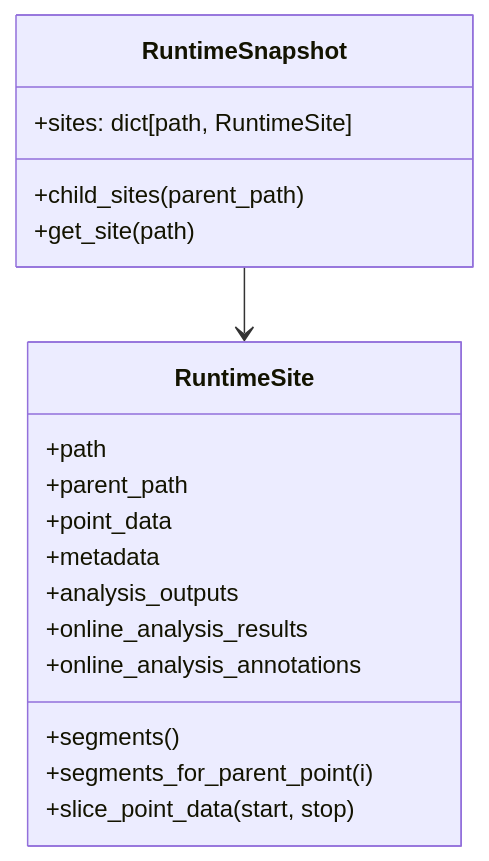
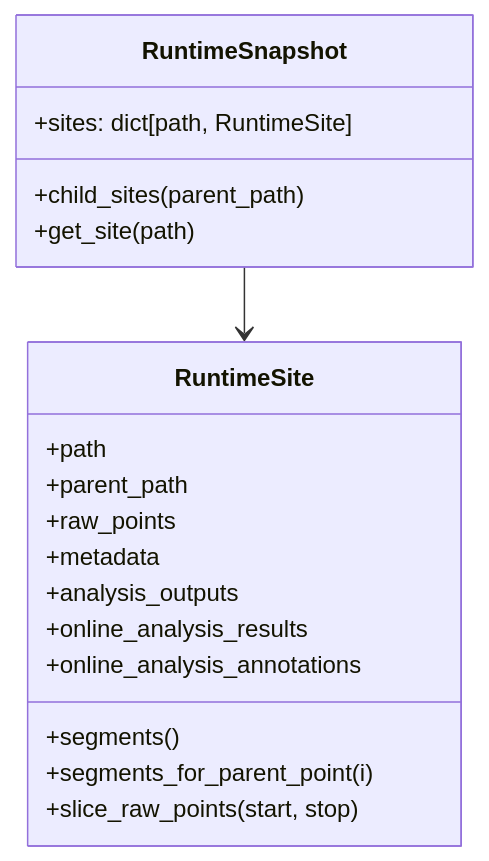
Before and after one commit to tomhepz/ndscan: the third of 5 diagrams in RUNTIME_PLOTTING_DESIGN.md, drawn with Mermaid. The commit also changed other lines of this file and 23 other files, not shown here.

````diff
--- a/RUNTIME_PLOTTING_DESIGN.md
+++ b/RUNTIME_PLOTTING_DESIGN.md
@@ -162,23 +162,23 @@
 ```mermaid
 classDiagram
     class RuntimeSnapshot {
       +sites: dict[path, RuntimeSite]
       +child_sites(parent_path)
       +get_site(path)
     }
 
     class RuntimeSite {
       +path
       +parent_path
-      +point_data
+      +raw_points
       +metadata
       +analysis_outputs
       +online_analysis_results
       +online_analysis_annotations
       +segments()
       +segments_for_parent_point(i)
-      +slice_point_data(start, stop)
+      +slice_raw_points(start, stop)
     }
 
     RuntimeSnapshot --> RuntimeSite
 ```
````
